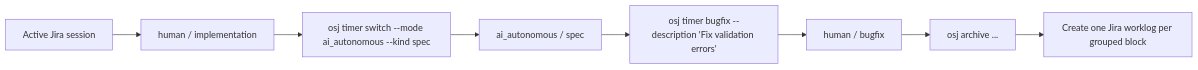
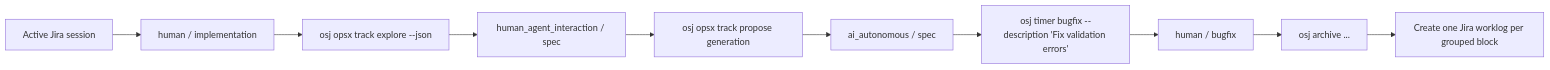
The seventh of 7 diagrams in README.md (embrana/AutomateIA), drawn with Mermaid before and after one commit. The commit also changed other lines of this file and 25 other files, not shown here.

````diff
--- a/README.md
+++ b/README.md
@@ -321,10 +351,12 @@
 ```mermaid
 flowchart LR
     A["Active Jira session"] --> B["human / implementation"]
-    B --> C["osj timer switch --mode ai_autonomous --kind spec"]
-    C --> D["ai_autonomous / spec"]
-    D --> E["osj timer bugfix --description 'Fix validation errors'"]
-    E --> F["human / bugfix"]
-    F --> G["osj archive ..."]
-    G --> H["Create one Jira worklog per grouped block"]
+    B --> C["osj opsx track explore --json"]
+    C --> D["human_agent_interaction / spec"]
+    D --> E["osj opsx track propose generation"]
+    E --> F["ai_autonomous / spec"]
+    F --> G["osj timer bugfix --description 'Fix validation errors'"]
+    G --> H["human / bugfix"]
+    H --> I["osj archive ..."]
+    I --> J["Create one Jira worklog per grouped block"]
 ```
````
